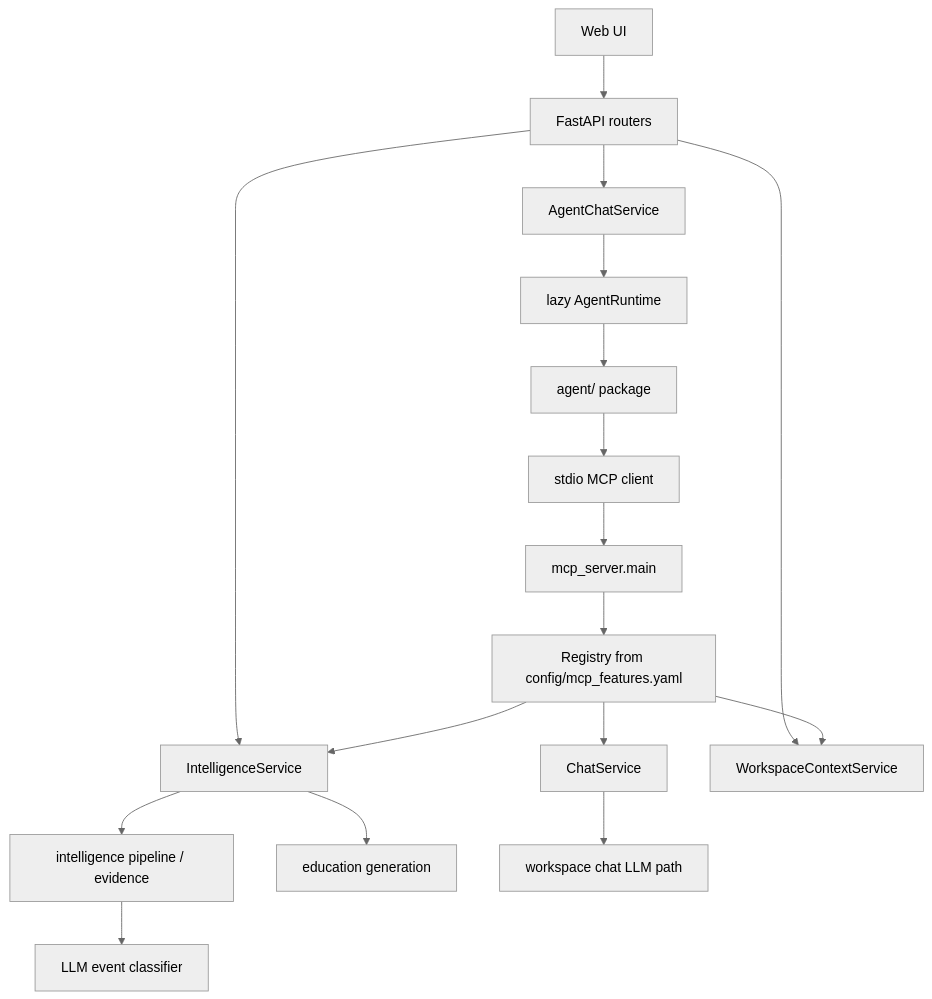
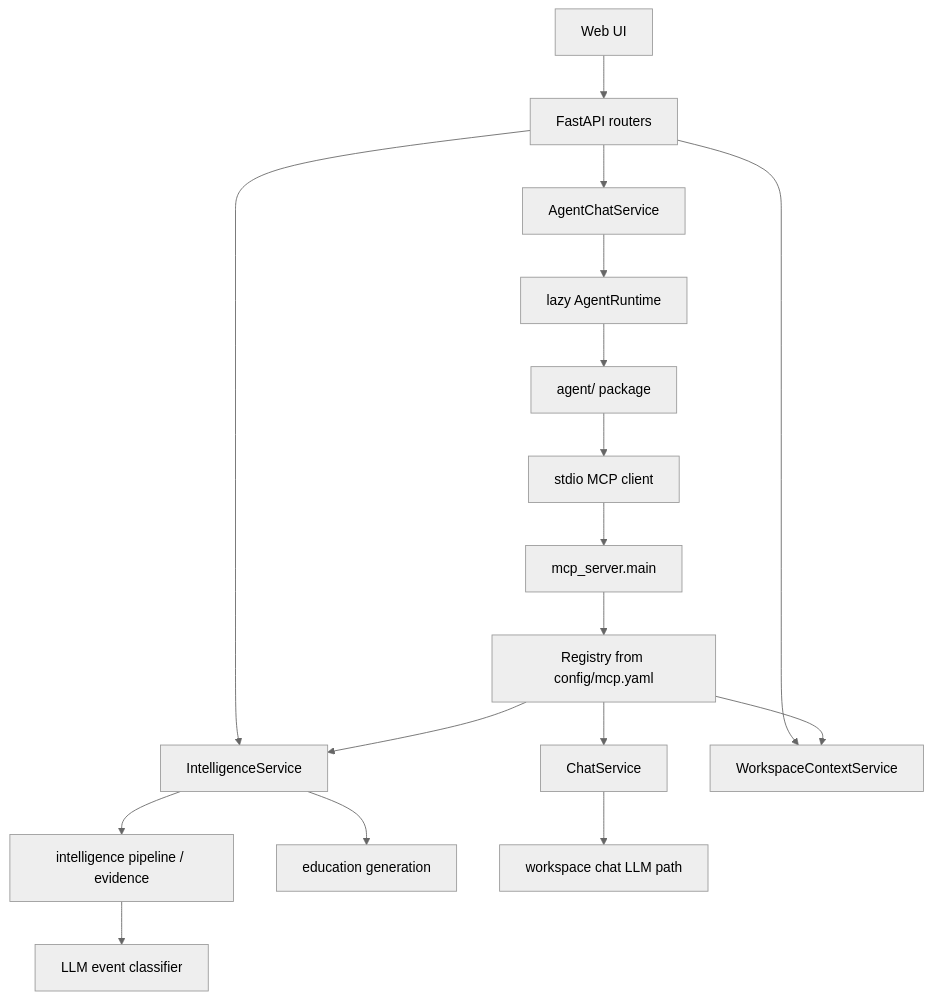
The diagram in docs/engineering/AI_RUNTIME_ARCHITECTURE.md (matteolongo/swing_screener), drawn with Mermaid (neutral theme) before and after one commit. The commit also changed 66 other files, not shown here.

````diff
--- a/docs/engineering/AI_RUNTIME_ARCHITECTURE.md
+++ b/docs/engineering/AI_RUNTIME_ARCHITECTURE.md
@@ -7,21 +7,21 @@
 ```mermaid
 flowchart TD
     UI["Web UI"] --> API["FastAPI routers"]
     API --> AGENTCHAT["AgentChatService"]
     AGENTCHAT --> RUNTIME["lazy AgentRuntime"]
     RUNTIME --> AGENT["agent/ package"]
     AGENT --> MCPCLIENT["stdio MCP client"]
     MCPCLIENT --> MCPSERVER["mcp_server.main"]
-    MCPSERVER --> REGISTRY["Registry from config/mcp_features.yaml"]
+    MCPSERVER --> REGISTRY["Registry from config/mcp.yaml"]
     REGISTRY --> CHAT["ChatService"]
     API --> INTEL["IntelligenceService"]
     API --> WCTX["WorkspaceContextService"]
     REGISTRY --> INTEL
     REGISTRY --> WCTX
 
     INTEL --> PIPELINE["intelligence pipeline / evidence"]
     PIPELINE --> CLASSIFIER["LLM event classifier"]
 
     INTEL --> EDUCATION["education generation"]
     CHAT --> CHATLLM["workspace chat LLM path"]
 ```
````
